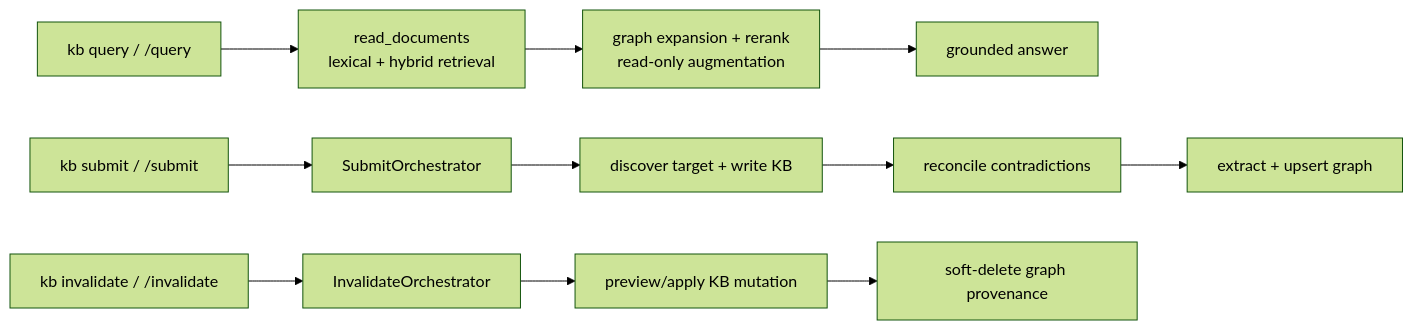
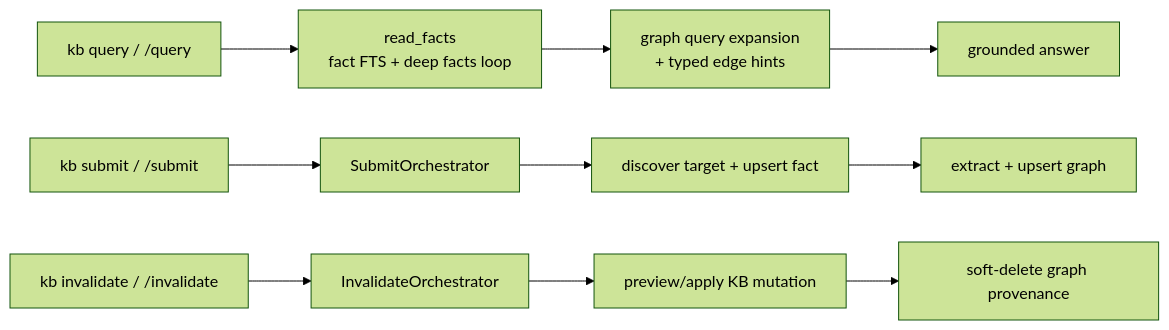
One commit to rosenjcb/kb changed the first of 2 diagrams in src/core/AGENT_LOOP.md. Above: the diagram before and after it, drawn with Mermaid (forest theme). The commit also changed other lines of this file and 14 other files, not shown here.

````diff
--- a/src/core/AGENT_LOOP.md
+++ b/src/core/AGENT_LOOP.md
@@ -23,15 +23,14 @@
 ```mermaid
 flowchart LR
-  Q["kb query / /query"] --> R["read_documents\nlexical + hybrid retrieval"]
-  R --> G["graph expansion + rerank\nread-only augmentation"]
+  Q["kb query / /query"] --> R["read_facts\nfact FTS + deep facts loop"]
+  R --> G["graph query expansion\n+ typed edge hints"]
   G --> A["grounded answer"]
 
   S["kb submit / /submit"] --> SO["SubmitOrchestrator"]
-  SO --> W["discover target + write KB"]
-  W --> C["reconcile contradictions"]
-  C --> SG["extract + upsert graph"]
+  SO --> W["discover target + upsert fact"]
+  W --> SG["extract + upsert graph"]
 
   I["kb invalidate / /invalidate"] --> IO["InvalidateOrchestrator"]
   IO --> P["preview/apply KB mutation"]
   P --> IG["soft-delete graph provenance"]
 ```
````
